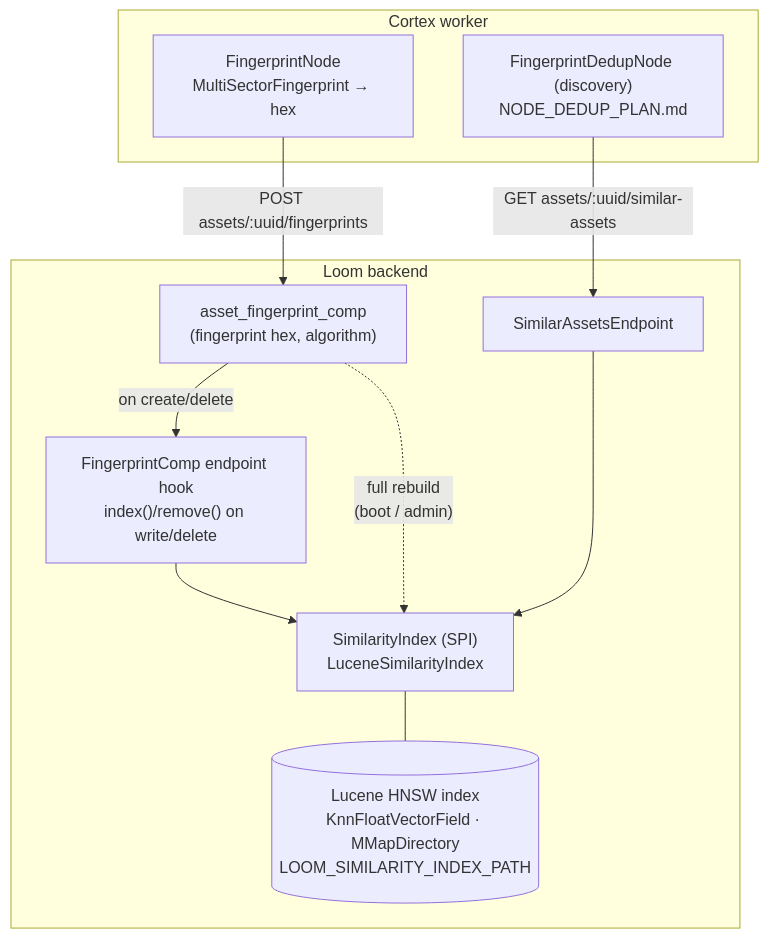
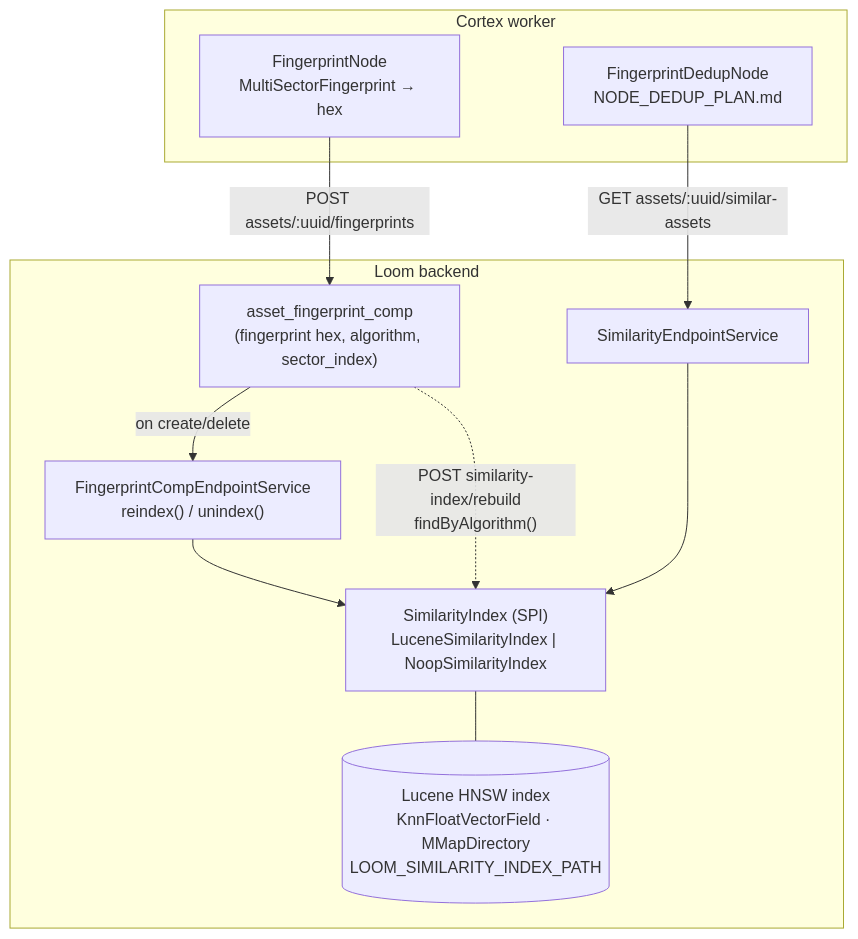
One commit to metaloom/metaloom changed the diagram in spec/features/search/LUCENE_PLAN.md. Above: the diagram before and after it, drawn with Mermaid. The commit also changed other lines of this file and 53 other files, not shown here.

````diff
--- a/spec/features/search/LUCENE_PLAN.md
+++ b/spec/features/search/LUCENE_PLAN.md
@@ -106,22 +97,22 @@
 ```mermaid
 graph TB
     subgraph cortex["Cortex worker"]
         FN["FingerprintNode<br/>MultiSectorFingerprint → hex"]
-        DN["FingerprintDedupNode (discovery)<br/>NODE_DEDUP_PLAN.md"]
+        DN["FingerprintDedupNode<br/>NODE_DEDUP_PLAN.md"]
     end
     FN -->|"POST assets/:uuid/fingerprints"| FC
     DN -->|"GET assets/:uuid/similar-assets"| SEP
 
     subgraph loom["Loom backend"]
-        FC["asset_fingerprint_comp<br/>(fingerprint hex, algorithm)"]
-        SEP["SimilarAssetsEndpoint"]
-        SI["SimilarityIndex (SPI)<br/>LuceneSimilarityIndex"]
+        FC["asset_fingerprint_comp<br/>(fingerprint hex, algorithm, sector_index)"]
+        HOOK["FingerprintCompEndpointService<br/>reindex() / unindex()"]
+        SEP["SimilarityEndpointService"]
+        SI["SimilarityIndex (SPI)<br/>LuceneSimilarityIndex | NoopSimilarityIndex"]
         IDX[("Lucene HNSW index<br/>KnnFloatVectorField · MMapDirectory<br/>LOOM_SIMILARITY_INDEX_PATH")]
-        HOOK["FingerprintComp endpoint hook<br/>index()/remove() on write/delete"]
         FC -->|"on create/delete"| HOOK
         HOOK --> SI
         SEP --> SI
         SI --- IDX
-        FC -.->|"full rebuild<br/>(boot / admin)"| SI
+        FC -.->|"POST similarity-index/rebuild<br/>findByAlgorithm()"| SI
     end
 ```
````
